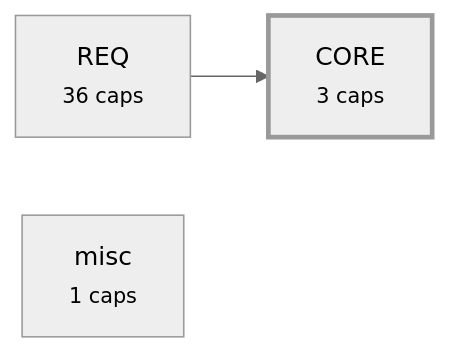
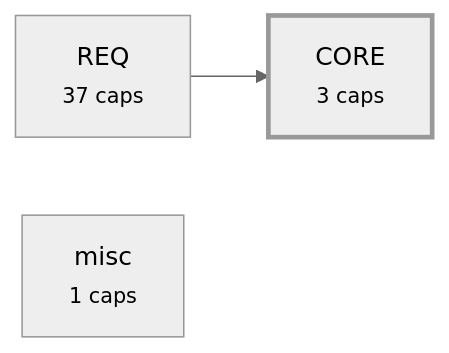
The third of 4 diagrams in plugin/requirements/_map.md (alxmax/Requirement-manager), drawn with Mermaid (neutral theme) before and after one commit. The commit also changed other lines of this file and 5 other files, not shown here.

````diff
--- a/plugin/requirements/_map.md
+++ b/plugin/requirements/_map.md
@@ -295,8 +299,8 @@
 ```mermaid
 graph LR
   a_CORE["CORE<br><small>3 caps</small>"]
-  a_REQ["REQ<br><small>36 caps</small>"]
+  a_REQ["REQ<br><small>37 caps</small>"]
   a_misc["misc<br><small>1 caps</small>"]
   a_REQ --> a_CORE
   style a_CORE stroke-width:3px
 ```
````
